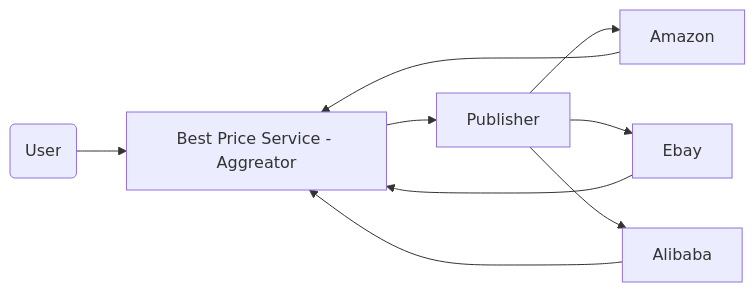
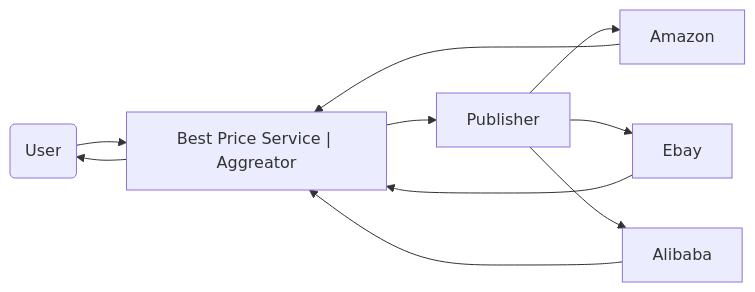
One commit to cmauri75/saga changed the diagram in README.md. Above: the diagram before and after it, drawn with Mermaid. The commit also changed other lines of this file and 20 other files, not shown here.

````diff
--- a/README.md
+++ b/README.md
@@ -8,10 +8,13 @@
 ```mermaid
 graph LR
-A(User) --> B[Best Price Service - Aggreator] -->
-    C[Publisher] -->  X1[Amazon]
+    A(User) 
+    --> B["Best Price Service | Aggreator"]
+    --> C[Publisher] 
+    -->  X1[Amazon]
     C --> X2[Ebay]
     C --> X3[Alibaba]
+    B --> A
     X1 --> B
     X2 --> B
     X3 --> B
 ```
````
